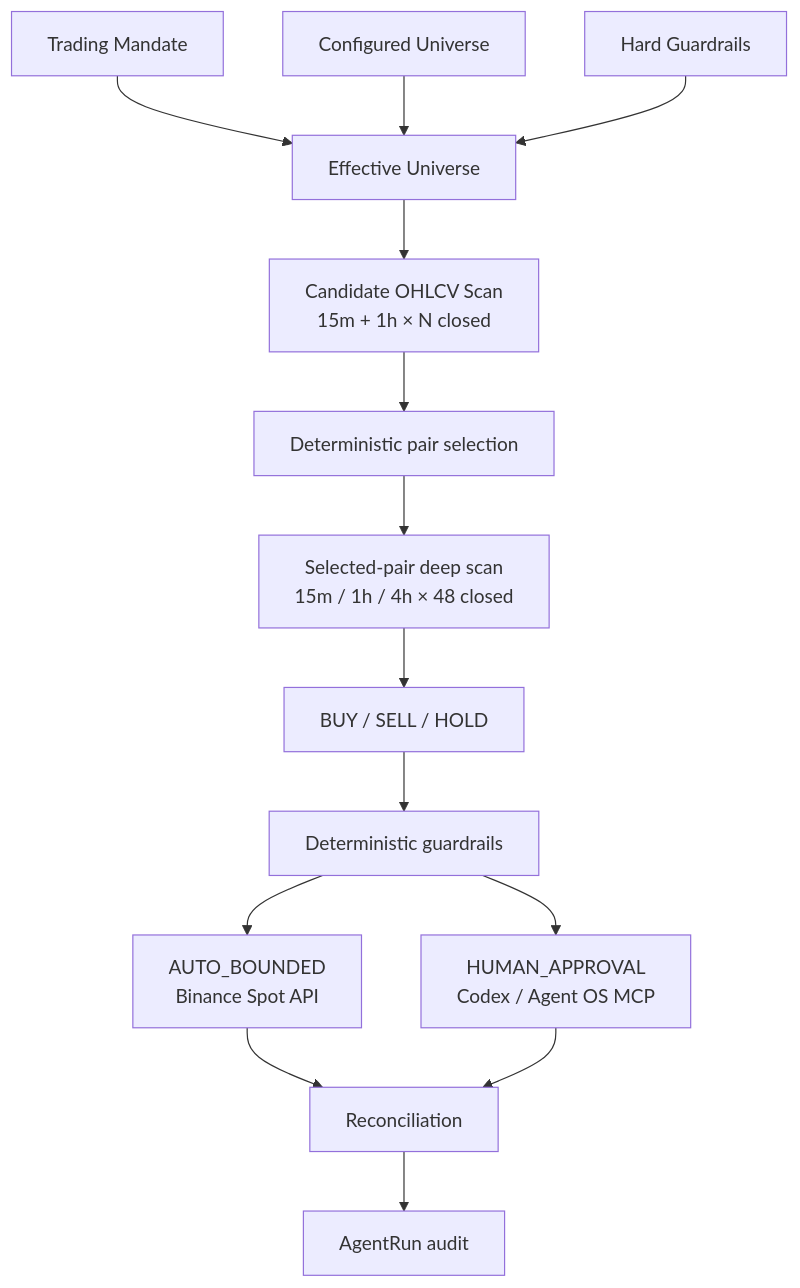
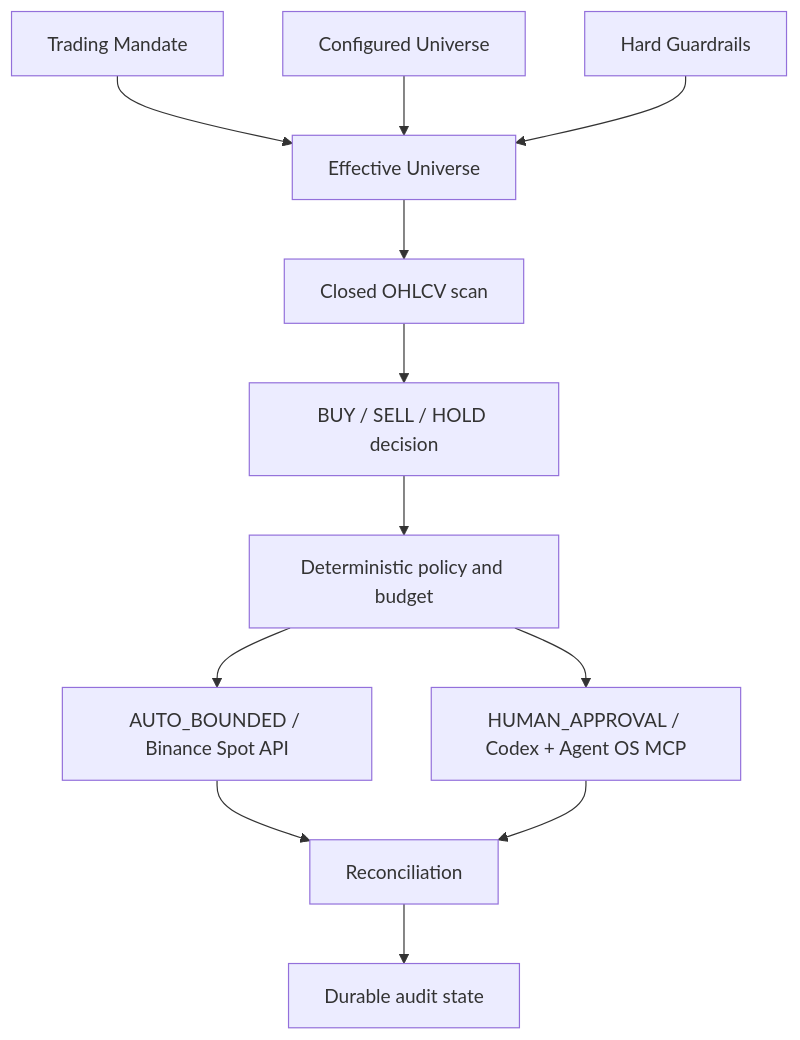
Before and after one commit to riyannode/DARWIN: the diagram in README.md, drawn with Mermaid. The commit also changed other lines of this file and 4 other files, not shown here.

````diff
--- a/README.md
+++ b/README.md
@@ -54,16 +117,14 @@
 ```mermaid
 flowchart TD
     M[Trading Mandate] --> E[Effective Universe]
     U[Configured Universe] --> E
     G[Hard Guardrails] --> E
-    E --> C[Candidate OHLCV Scan\n15m + 1h × N closed]
-    C --> P[Deterministic pair selection]
-    P --> D[Selected-pair deep scan\n15m / 1h / 4h × 48 closed]
-    D --> A[BUY / SELL / HOLD]
-    A --> R[Deterministic guardrails]
-    R --> AB[AUTO_BOUNDED\nBinance Spot API]
-    R --> HA[HUMAN_APPROVAL\nCodex / Agent OS MCP]
-    AB --> X[Reconciliation]
-    HA --> X
-    X --> T[AgentRun audit]
+    E --> C[Closed OHLCV scan]
+    C --> D[BUY / SELL / HOLD decision]
+    D --> P[Deterministic policy and budget]
+    P --> AB[AUTO_BOUNDED / Binance Spot API]
+    P --> HA[HUMAN_APPROVAL / Codex + Agent OS MCP]
+    AB --> R[Reconciliation]
+    HA --> R
+    R --> T[Durable audit state]
 ```
````
